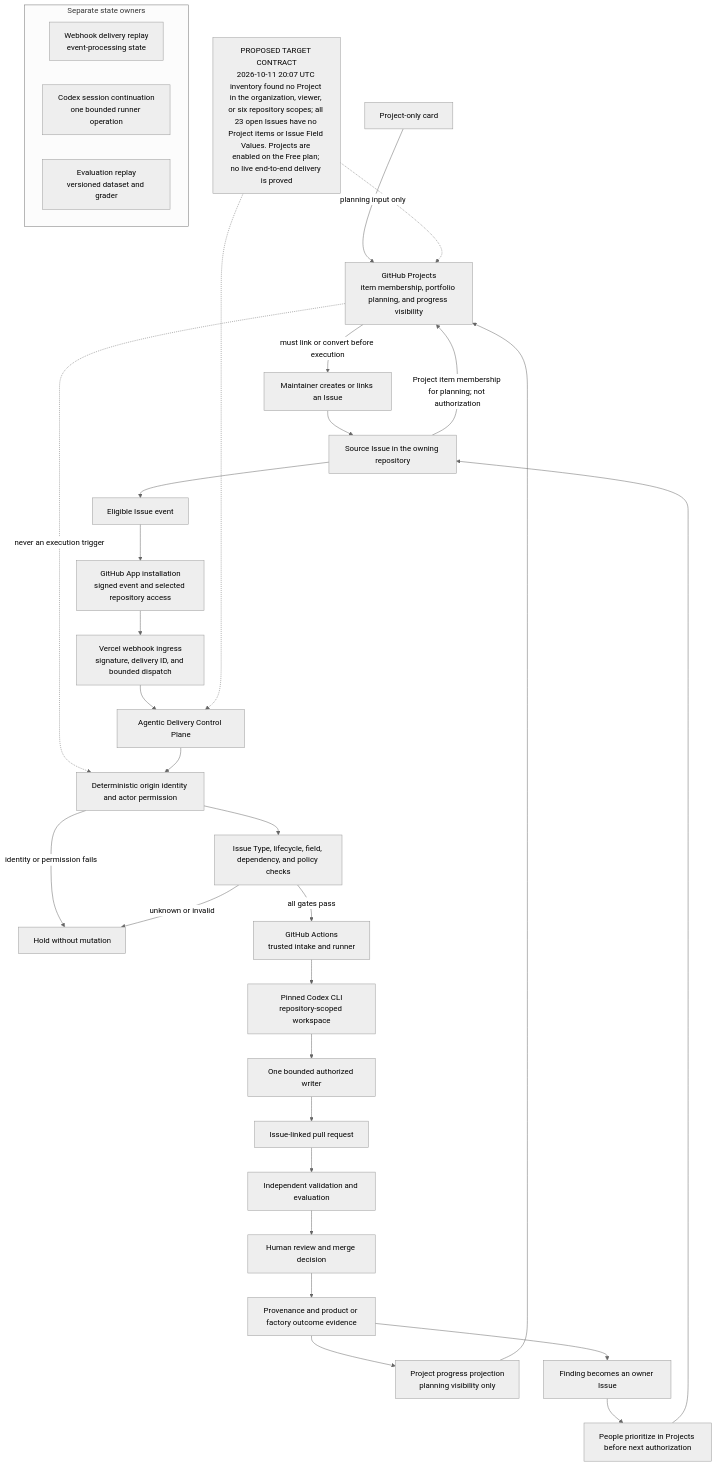
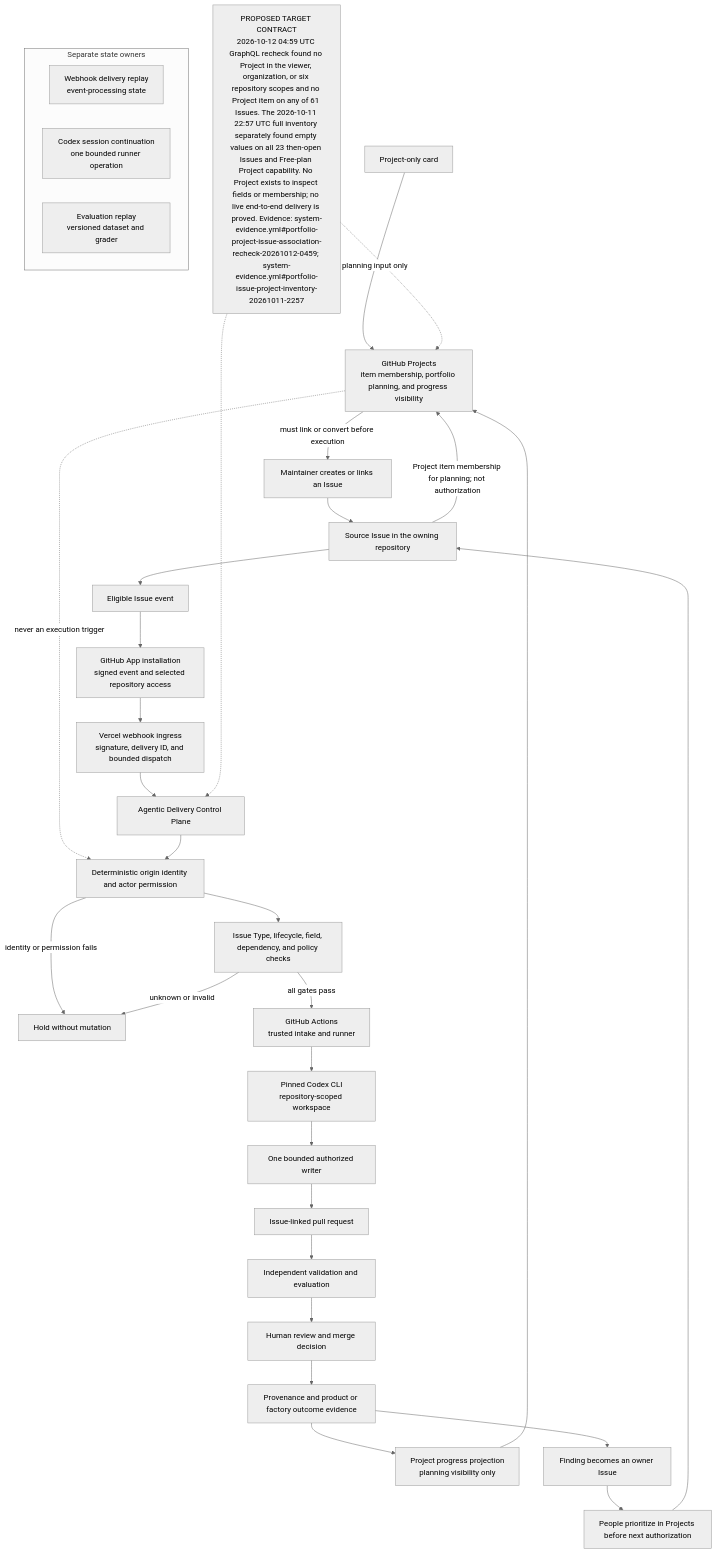
Before and after one commit to agentic-delivery-lab/agentic-delivery-architecture: the diagram in architecture/diagrams/mermaid/project-issue-lifecycle.mmd, drawn with Mermaid (neutral theme). The commit also changed 13 other files, not shown here.

Commit message:
docs(architecture): refresh Project evidence summaries

```diff
--- a/architecture/diagrams/mermaid/project-issue-lifecycle.mmd
+++ b/architecture/diagrams/mermaid/project-issue-lifecycle.mmd
@@ -1,43 +1,43 @@
 flowchart TD
-  STATUS["PROPOSED TARGET CONTRACT<br/>2026-10-11 20:07 UTC inventory found no Project in the organization, viewer, or six repository scopes; all 23 open Issues have no Project items or Issue Field Values. Projects are enabled on the Free plan; no live end-to-end delivery is proved"]
+  STATUS["PROPOSED TARGET CONTRACT<br/>2026-10-12 04:59 UTC GraphQL recheck found no Project in the viewer, organization, or six repository scopes and no Project item on any of 61 Issues. The 2026-10-11 22:57 UTC full inventory separately found empty values on all 23 then-open Issues and Free-plan Project capability. No Project exists to inspect fields or membership; no live end-to-end delivery is proved. Evidence: system-evidence.yml#portfolio-project-issue-association-recheck-20261012-0459; system-evidence.yml#portfolio-issue-project-inventory-20261011-2257"]
   PROJECT["GitHub Projects<br/>item membership, portfolio planning, and progress visibility"]
   CARD["Project-only card"]
   HUMAN["Maintainer creates or links an Issue"]
   ISSUE["Source Issue in the owning repository"]
   EVENT["Eligible Issue event"]
   APP["GitHub App installation<br/>signed event and selected repository access"]
   INGRESS["Vercel webhook ingress<br/>signature, delivery ID, and bounded dispatch"]
   CONTROL["Agentic Delivery Control Plane"]
   IDENTITY["Deterministic origin identity and actor permission"]
   CONTRACT["Issue Type, lifecycle, field, dependency, and policy checks"]
   HOLD["Hold without mutation"]
   WRITER["One bounded authorized writer"]
   ACTIONS["GitHub Actions<br/>trusted intake and runner"]
   CODEX["Pinned Codex CLI<br/>repository-scoped workspace"]
   PR["Issue-linked pull request"]
   REVIEW["Independent validation and evaluation"]
   MERGE["Human review and merge decision"]
   EVIDENCE["Provenance and product or factory outcome evidence"]
   PROGRESS["Project progress projection<br/>planning visibility only"]
   FINDING["Finding becomes an owner Issue"]
   LOOP["People prioritize in Projects before next authorization"]
 
   CARD -->|"planning input only"| PROJECT
   PROJECT -->|"must link or convert before execution"| HUMAN
   HUMAN --> ISSUE
   ISSUE -->|"Project item membership for planning; not authorization"| PROJECT
   PROJECT -. "never an execution trigger" .-> IDENTITY
   ISSUE --> EVENT --> APP --> INGRESS --> CONTROL --> IDENTITY --> CONTRACT
   IDENTITY -->|"identity or permission fails"| HOLD
   CONTRACT -->|"unknown or invalid"| HOLD
   CONTRACT -->|"all gates pass"| ACTIONS --> CODEX --> WRITER --> PR --> REVIEW --> MERGE --> EVIDENCE
   EVIDENCE --> PROGRESS --> PROJECT
   EVIDENCE --> FINDING --> LOOP --> ISSUE
 
   subgraph REPLAY["Separate state owners"]
     WEBHOOK["Webhook delivery replay<br/>event-processing state"]
     SESSION["Codex session continuation<br/>one bounded runner operation"]
     EVALUATION["Evaluation replay<br/>versioned dataset and grader"]
   end
   STATUS -.-> PROJECT
   STATUS -.-> CONTROL
```
